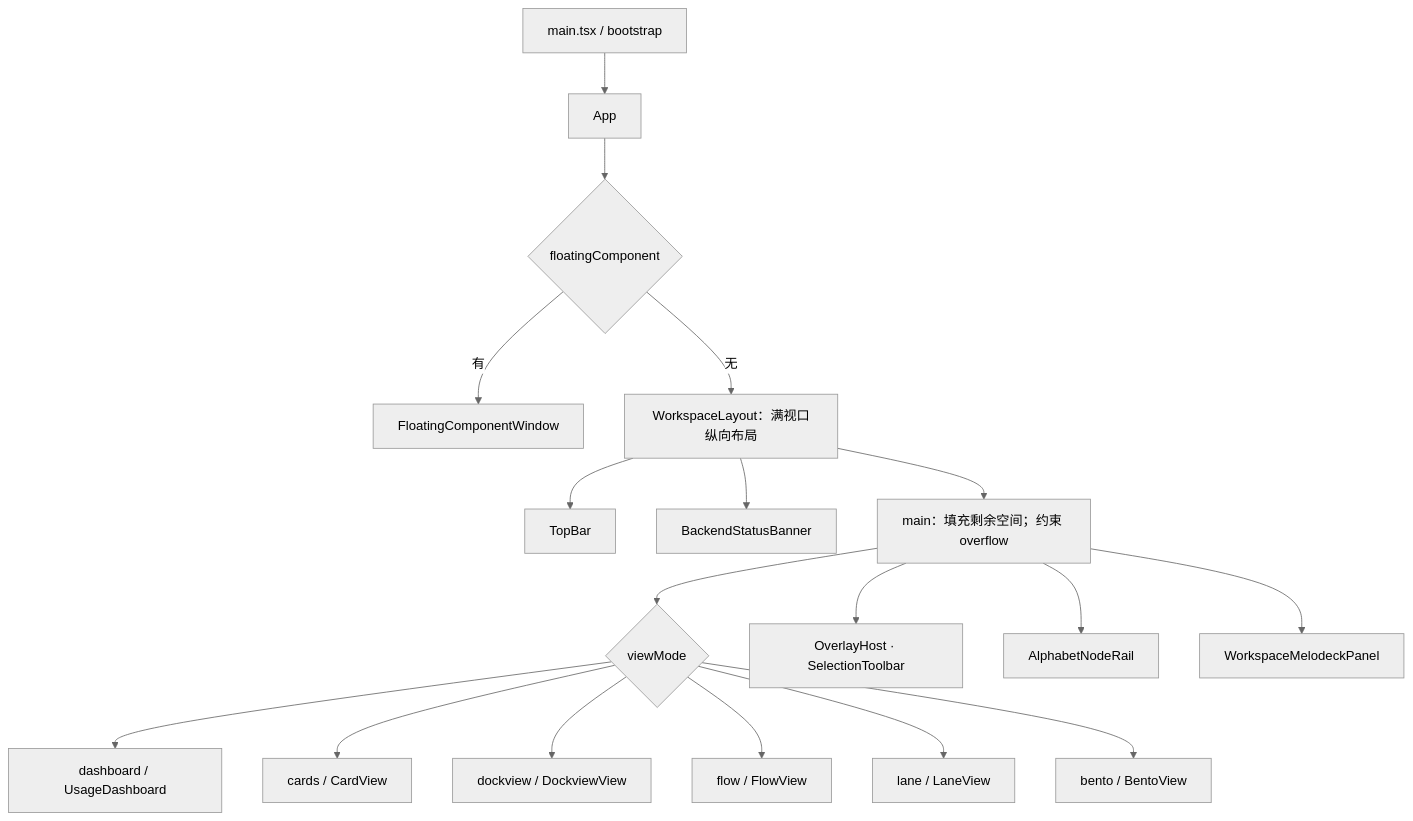
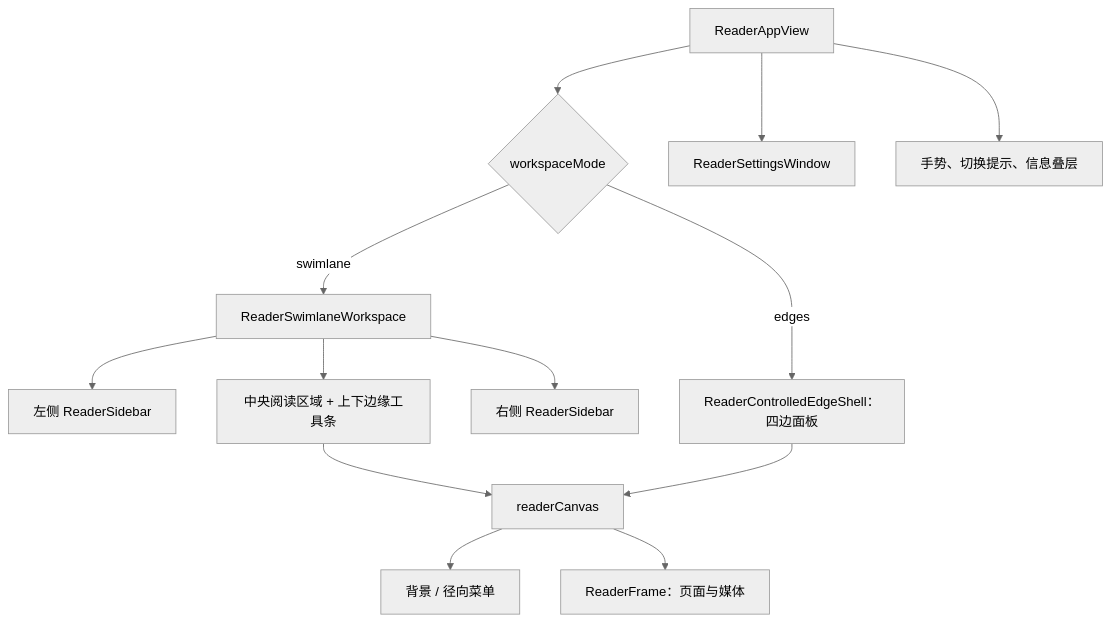
One commit to HibernalGlow/Xiranite changed the second of 3 diagrams in docs/ui-migration-interview.md. Above: the diagram before and after it, drawn with Mermaid (neutral theme). The commit also changed other lines of this file and 4 other files, not shown here.

````diff
--- a/docs/ui-migration-interview.md
+++ b/docs/ui-migration-interview.md
@@ -31,20 +50,15 @@
 ```mermaid
 flowchart TD
-    Entry["main.tsx / bootstrap"] --> App["App"]
-    App --> Mode{"floatingComponent"}
-    Mode -->|有| Floating["FloatingComponentWindow"]
-    Mode -->|无| Workspace["WorkspaceLayout：满视口纵向布局"]
-    Workspace --> TopBar["TopBar"]
-    Workspace --> BackendStatus["BackendStatusBanner"]
-    Workspace --> Main["main：填充剩余空间；约束 overflow"]
-    Main --> Views{"viewMode"}
-    Views --> Dashboard["dashboard / UsageDashboard"]
-    Views --> Cards["cards / CardView"]
-    Views --> Dock["dockview / DockviewView"]
-    Views --> Flow["flow / FlowView"]
-    Views --> Lane["lane / LaneView"]
-    Views --> Bento["bento / BentoView"]
-    Main --> Overlays["OverlayHost · SelectionToolbar"]
-    Main --> Rail["AlphabetNodeRail"]
-    Main --> Music["WorkspaceMelodeckPanel"]
+    View["ReaderAppView"] --> Mode{"workspaceMode"}
+    Mode -->|swimlane| Lanes["ReaderSwimlaneWorkspace"]
+    Lanes --> Left["左侧 ReaderSidebar"]
+    Lanes --> Center["中央阅读区域 + 上下边缘工具条"]
+    Lanes --> Right["右侧 ReaderSidebar"]
+    Mode -->|edges| Edges["ReaderControlledEdgeShell：四边面板"]
+    Center --> Canvas["readerCanvas"]
+    Edges --> Canvas
+    Canvas --> Background["背景 / 径向菜单"]
+    Canvas --> Frame["ReaderFrame：页面与媒体"]
+    View --> Settings["ReaderSettingsWindow"]
+    View --> Input["手势、切换提示、信息叠层"]
 ```
````
